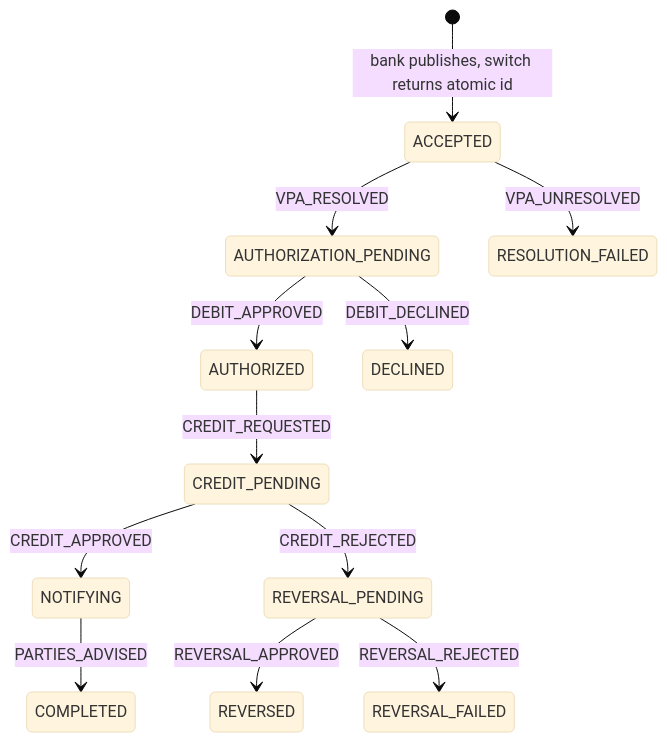
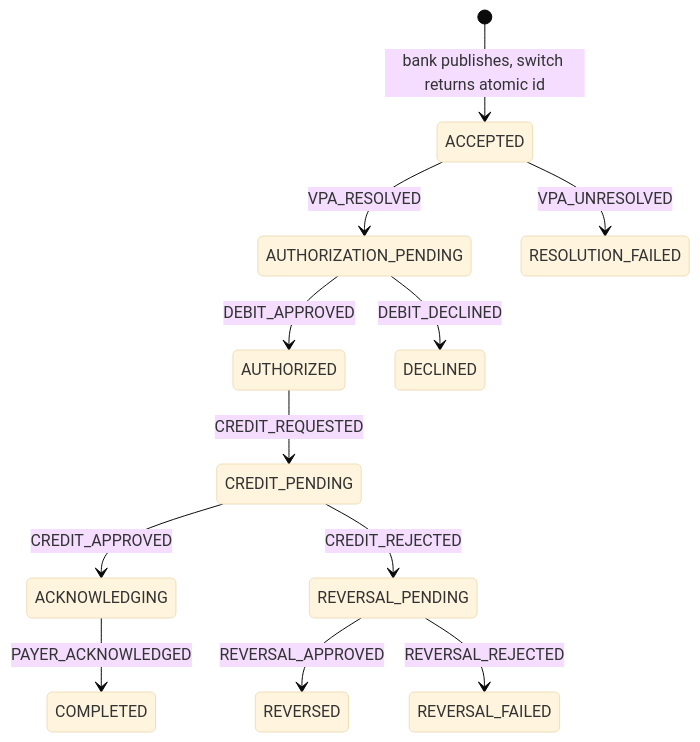
Before and after one commit to raiyansarker/synapse: the diagram in apps/upi/docs/payment-state-machine.md, drawn with Mermaid (base theme). The commit also changed other lines of this file, not shown here.

Commit message:
docs(upi): describe the payer acknowledgement

````diff
--- a/apps/upi/docs/payment-state-machine.md
+++ b/apps/upi/docs/payment-state-machine.md
@@ -70,14 +70,14 @@
 ```mermaid
 stateDiagram-v2
   [*] --> ACCEPTED: bank publishes, switch returns atomic id
   ACCEPTED --> AUTHORIZATION_PENDING: VPA_RESOLVED
   ACCEPTED --> RESOLUTION_FAILED: VPA_UNRESOLVED
   AUTHORIZATION_PENDING --> AUTHORIZED: DEBIT_APPROVED
   AUTHORIZATION_PENDING --> DECLINED: DEBIT_DECLINED
   AUTHORIZED --> CREDIT_PENDING: CREDIT_REQUESTED
-  CREDIT_PENDING --> NOTIFYING: CREDIT_APPROVED
+  CREDIT_PENDING --> ACKNOWLEDGING: CREDIT_APPROVED
   CREDIT_PENDING --> REVERSAL_PENDING: CREDIT_REJECTED
-  NOTIFYING --> COMPLETED: PARTIES_ADVISED
+  ACKNOWLEDGING --> COMPLETED: PAYER_ACKNOWLEDGED
   REVERSAL_PENDING --> REVERSED: REVERSAL_APPROVED
   REVERSAL_PENDING --> REVERSAL_FAILED: REVERSAL_REJECTED
 ```
````
